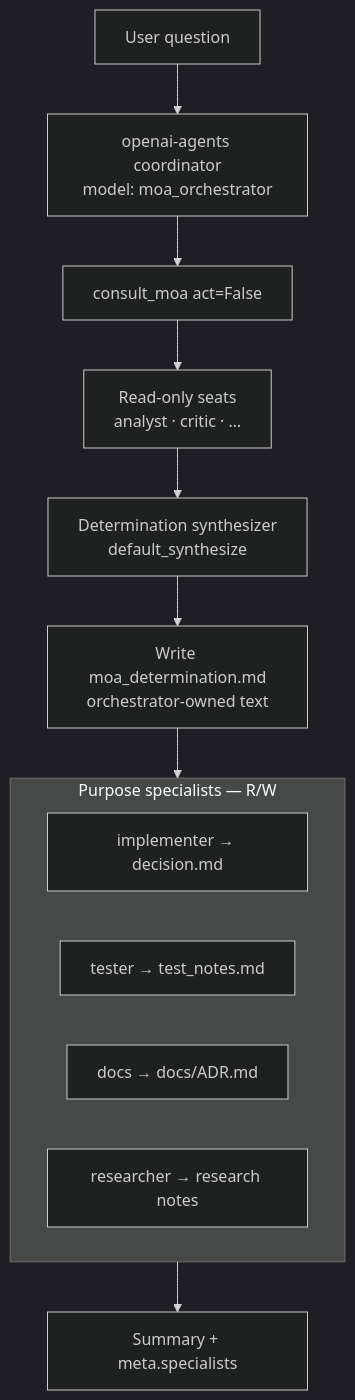
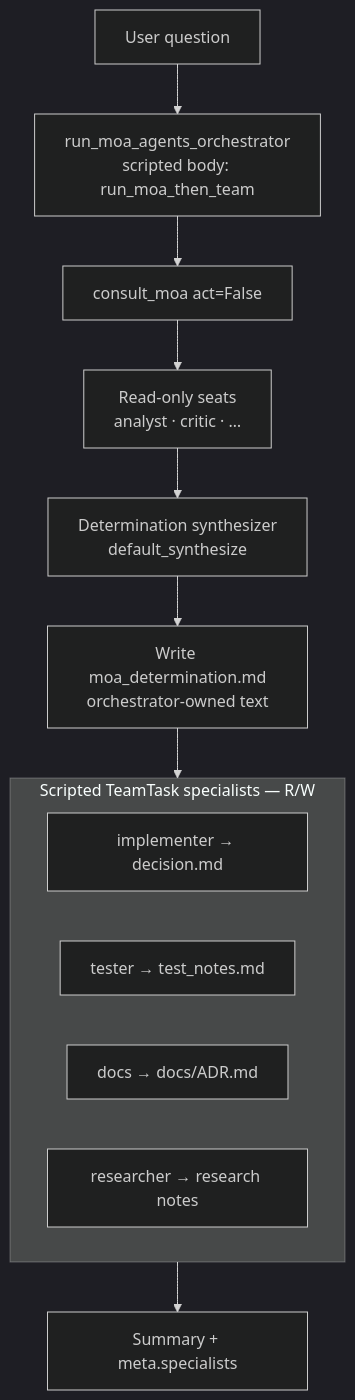
Before and after one commit to matthewhand/open-swarm: the first of 3 diagrams in docs/examples/moa-orchestrator/README.md, drawn with Mermaid (dark theme). The commit also changed other lines of this file and 46 other files, not shown here.

First line of the commit message:
feat(moa): harden team path from multi-agent audit fan-out

````diff
--- a/docs/examples/moa-orchestrator/README.md
+++ b/docs/examples/moa-orchestrator/README.md
@@ -54,16 +56,16 @@
 ```mermaid
 flowchart TB
-    Q[User question] --> Coord[openai-agents coordinator<br/>model: moa_orchestrator]
+    Q[User question] --> Coord[run_moa_agents_orchestrator<br/>scripted body: run_moa_then_team]
     Coord --> MoA[consult_moa act=False]
     MoA --> Seats[Read-only seats<br/>analyst · critic · …]
     Seats --> Det[Determination synthesizer<br/>default_synthesize]
     Det --> Note[Write moa_determination.md<br/>orchestrator-owned text]
     Note --> Specs
-    subgraph Specs [Purpose specialists — R/W]
+    subgraph Specs [Scripted TeamTask specialists — R/W]
       Imp[implementer → decision.md]
       Tst[tester → test_notes.md]
       Docs[docs → docs/ADR.md]
       Res[researcher → research notes]
     end
     Specs --> Out[Summary + meta.specialists]
 ```
````
